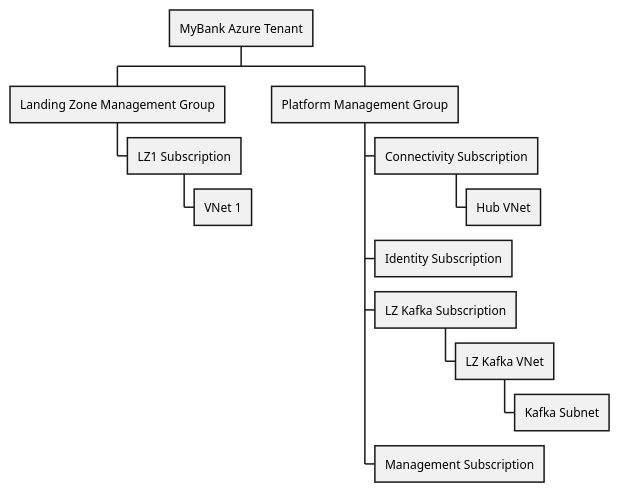
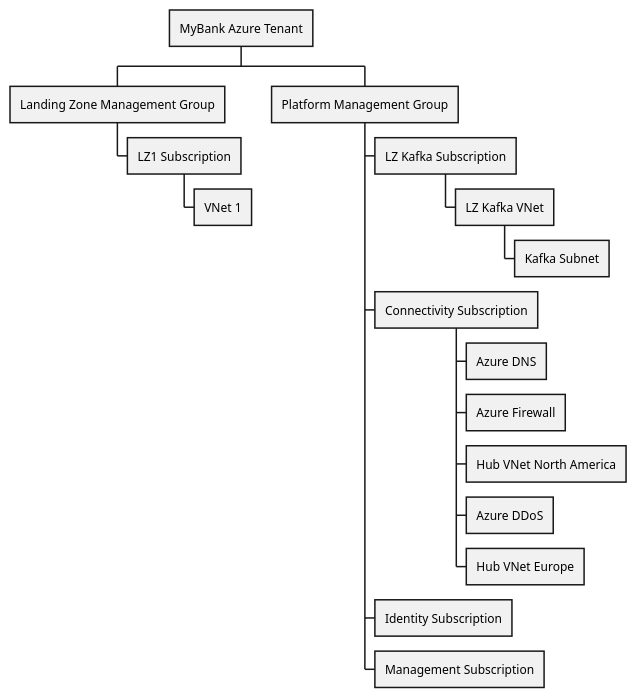
One commit to soulspace-org/my-bank-model changed the diagram in docs/mybank/azure-deployment-structure-view.puml. Above: the diagram before and after it, drawn with PlantUML. The commit also changed 32 other files, not shown here.

```diff
--- a/docs/mybank/azure-deployment-structure-view.puml
+++ b/docs/mybank/azure-deployment-structure-view.puml
@@ -1,15 +1,19 @@
 @startwbs
 * MyBank Azure Tenant
 ** Landing Zone Management Group
 *** LZ1 Subscription
 **** VNet 1
 ** Platform Management Group
-*** Connectivity Subscription
-**** Hub VNet
-*** Identity Subscription
 *** LZ Kafka Subscription
 **** LZ Kafka VNet
 ***** Kafka Subnet
+*** Connectivity Subscription
+**** Azure DNS
+**** Azure Firewall
+**** Hub VNet North America
+**** Azure DDoS
+**** Hub VNet Europe
+*** Identity Subscription
 *** Management Subscription
 
 @endwbs
```
